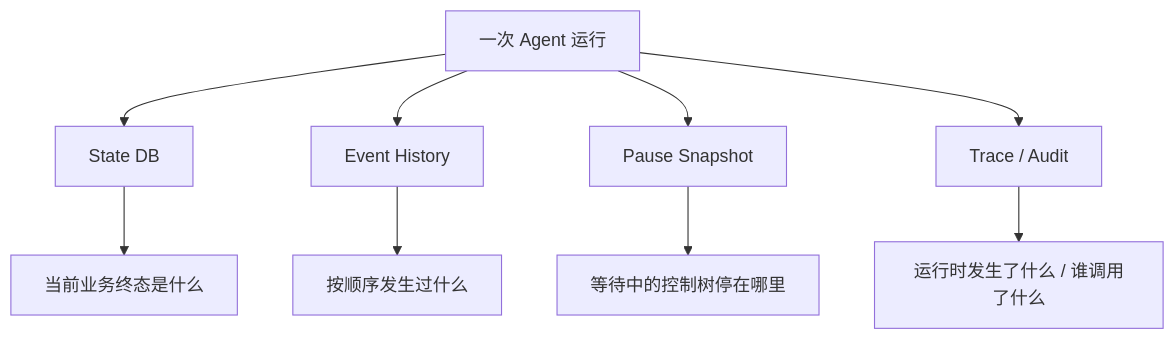
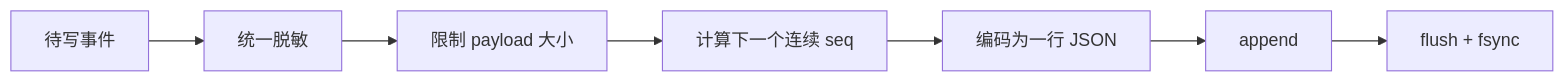
Before and after one commit to Arthur999459up/GitAgent: the third of 11 diagrams in docs/09-persistence-recovery-observability.md, drawn with Mermaid. The commit also changed other lines of this file and 3 other files, not shown here.

````diff
--- a/docs/09-persistence-recovery-observability.md
+++ b/docs/09-persistence-recovery-observability.md
@@ -13,11 +166,9 @@
 ```mermaid
-flowchart TD
-    RUN[一次 Agent 运行] --> DB[State DB]
-    RUN --> EVT[Event History]
-    RUN --> SNAP[Pause Snapshot]
-    RUN --> OBS[Trace / Audit]
-    DB --> Q1[当前业务终态是什么]
-    EVT --> Q2[按顺序发生过什么]
-    SNAP --> Q3[等待中的控制树停在哪里]
-    OBS --> Q4[运行时发生了什么 / 谁调用了什么]
+flowchart LR
+    D[待写事件] --> R[统一脱敏]
+    R --> B[限制 payload 大小]
+    B --> S[计算下一个连续 seq]
+    S --> E[编码为一行 JSON]
+    E --> A[append]
+    A --> F[flush + fsync]
 ```
````
